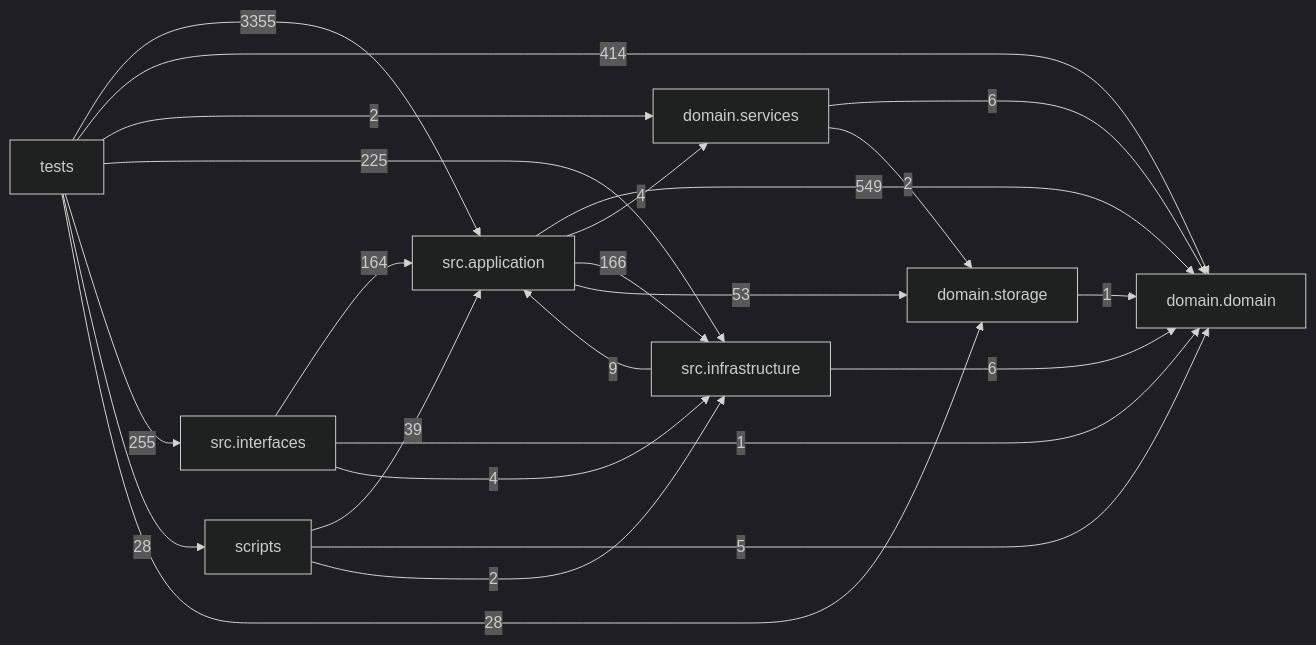
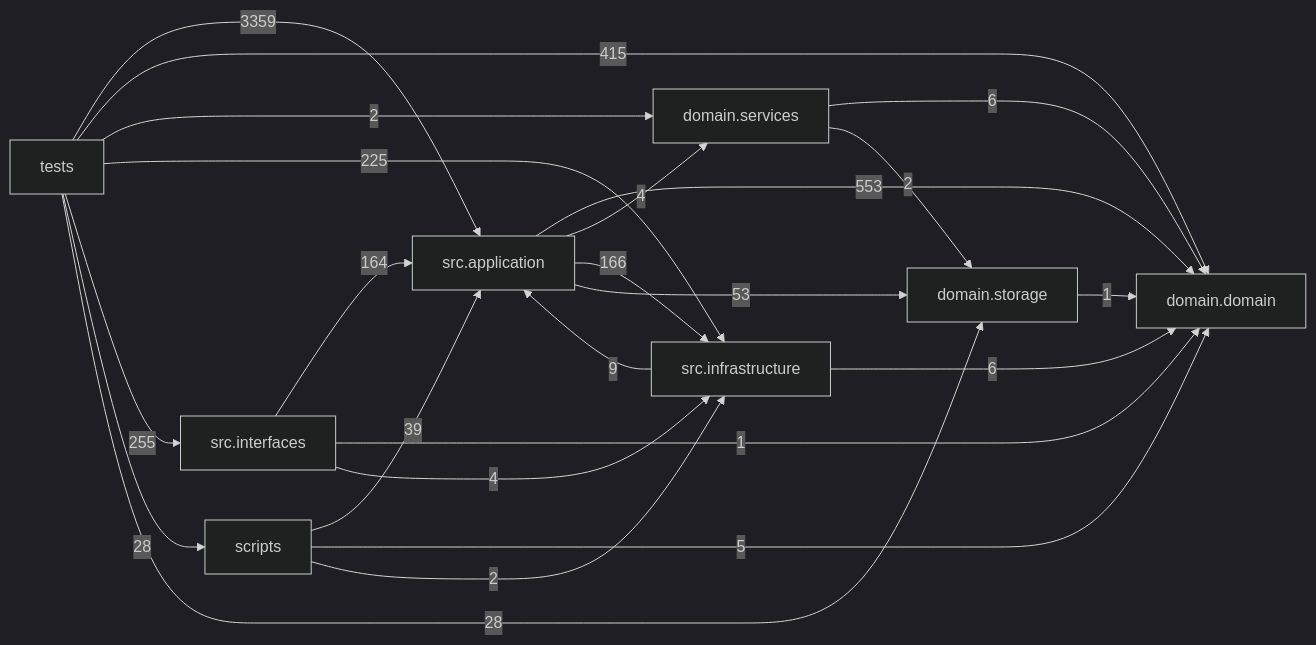
Before and after one commit to liuxie066/options-monitor: the diagram in docs/DEPENDENCY_GRAPH.md, drawn with Mermaid (dark theme). The commit also changed other lines of this file and 17 other files, not shown here.

````diff
--- a/docs/DEPENDENCY_GRAPH.md
+++ b/docs/DEPENDENCY_GRAPH.md
@@ -24,33 +24,33 @@
 ```mermaid
 flowchart LR
   tests["tests"]
   scripts["scripts"]
   interfaces["src.interfaces"]
   application["src.application"]
   infrastructure["src.infrastructure"]
   domain_services["domain.services"]
   domain["domain.domain"]
   storage["domain.storage"]
-  application -->|549| domain
+  application -->|553| domain
   application -->|4| domain_services
   application -->|166| infrastructure
   application -->|53| storage
   domain_services -->|6| domain
   domain_services -->|2| storage
   infrastructure -->|9| application
   infrastructure -->|6| domain
   interfaces -->|164| application
   interfaces -->|1| domain
   interfaces -->|4| infrastructure
   scripts -->|39| application
   scripts -->|5| domain
   scripts -->|2| infrastructure
   storage -->|1| domain
-  tests -->|3355| application
-  tests -->|414| domain
+  tests -->|3359| application
+  tests -->|415| domain
   tests -->|2| domain_services
   tests -->|225| infrastructure
   tests -->|255| interfaces
   tests -->|28| scripts
   tests -->|28| storage
 ```
````
